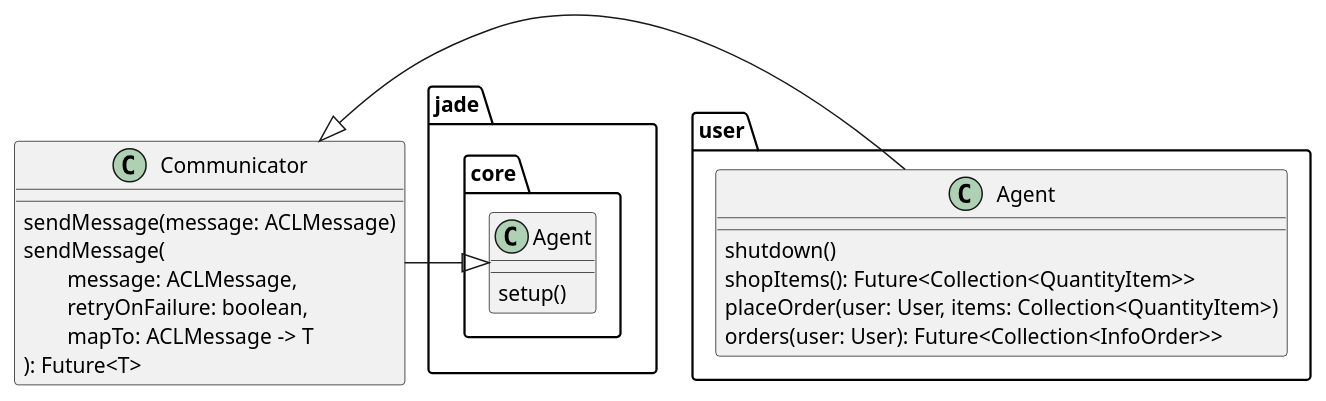
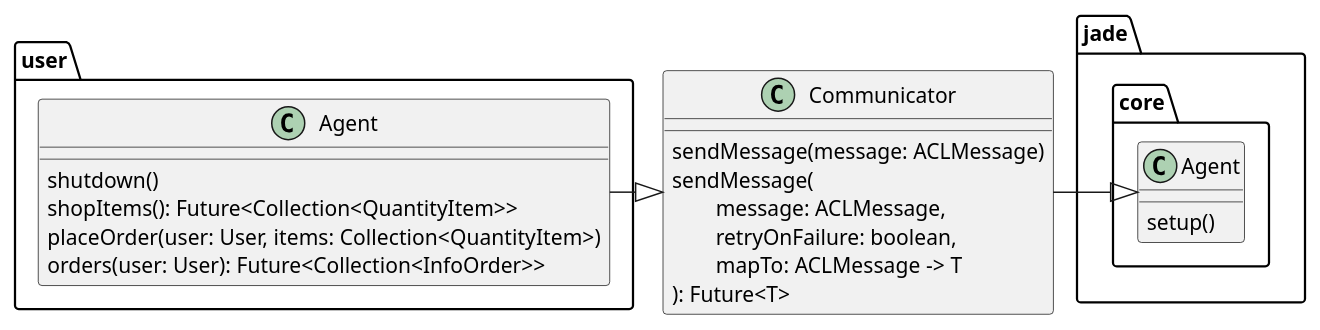
Before and after one commit to Mandrab/AMW: the diagram in res/report/section/design/figure/user_agent/class_diagram.plantuml, drawn with PlantUML. The commit also changed other lines of this file and 1 other file, not shown here.

Commit message:
style changes in diagrams

```diff
--- a/res/report/section/design/figure/user_agent/class_diagram.plantuml
+++ b/res/report/section/design/figure/user_agent/class_diagram.plantuml
@@ -1,22 +1,22 @@
 @startuml class_diagram
 class Communicator {
     {method} sendMessage(message: ACLMessage)
     {method} sendMessage(\n\
         message: ACLMessage,\n\
         retryOnFailure: boolean,\n\
         mapTo: ACLMessage -> T
     ): Future<T>
 }
 class jade.core.Agent {
     {method} setup()
 }
 class user.Agent {
     {method} shutdown()
     {method} shopItems(): Future<Collection<QuantityItem>>
     {method} placeOrder(user: User, items: Collection<QuantityItem>)
     {method} orders(user: User): Future<Collection<InfoOrder>>
 }
 
+user.Agent      -|> Communicator
 Communicator    -|> jade.core.Agent
-user.Agent      -|> Communicator
 @enduml
```
